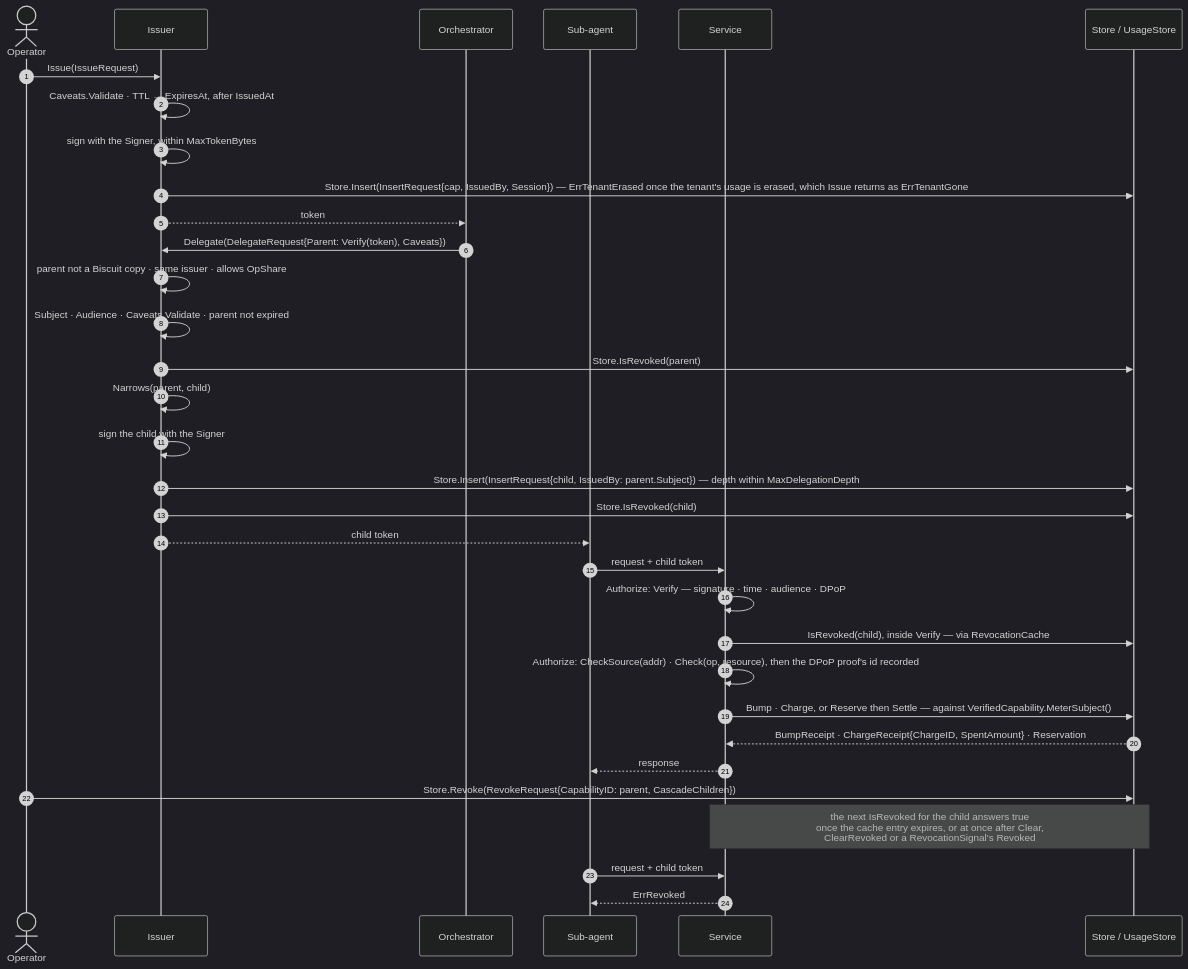
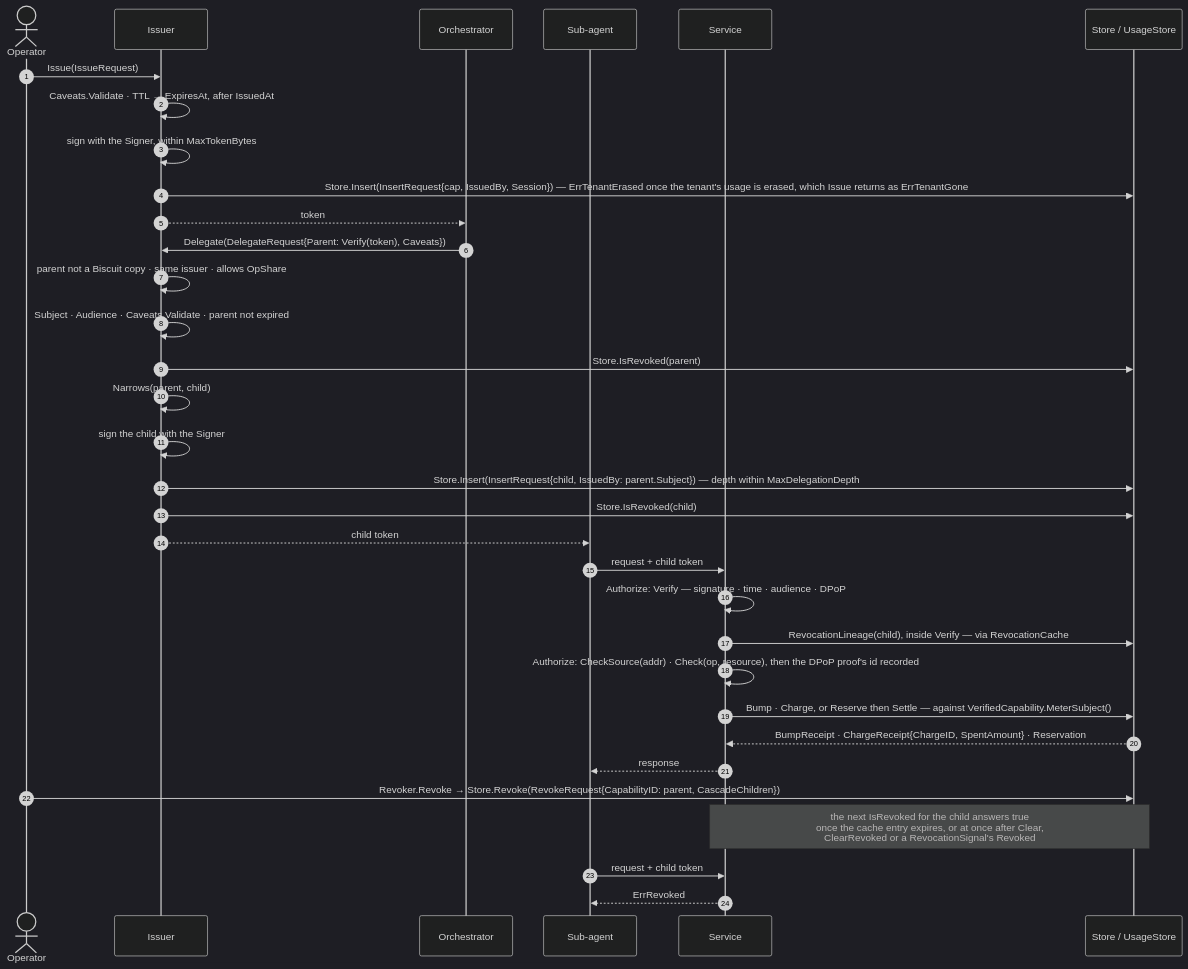
The second of 17 diagrams in docs/diagrams.md (oleg-tkachuk/limes), drawn with Mermaid (dark theme) before and after one commit. The commit also changed other lines of this file, not shown here.

Commit message:
docs: bring the diagrams up to date with the code

````diff
--- a/docs/diagrams.md
+++ b/docs/diagrams.md
@@ -185,39 +199,39 @@
 ```mermaid
 sequenceDiagram
     autonumber
     actor Op as Operator
     participant I as Issuer
     participant O as Orchestrator
     participant W as Sub-agent
     participant S as Service
     participant St as Store / UsageStore
 
     Op->>I: Issue(IssueRequest)
     I->>I: Caveats.Validate · TTL → ExpiresAt, after IssuedAt
     I->>I: sign with the Signer, within MaxTokenBytes
     I->>St: Store.Insert(InsertRequest{cap, IssuedBy, Session}) — ErrTenantErased once the tenant's usage is erased, which Issue returns as ErrTenantGone
     I-->>O: token
 
     O->>I: Delegate(DelegateRequest{Parent: Verify(token), Caveats})
     I->>I: parent not a Biscuit copy · same issuer · allows OpShare
     I->>I: Subject · Audience · Caveats.Validate · parent not expired
     I->>St: Store.IsRevoked(parent)
     I->>I: Narrows(parent, child)
     I->>I: sign the child with the Signer
     I->>St: Store.Insert(InsertRequest{child, IssuedBy: parent.Subject}) — depth within MaxDelegationDepth
     I->>St: Store.IsRevoked(child)
     I-->>W: child token
 
     W->>S: request + child token
     S->>S: Authorize: Verify — signature · time · audience · DPoP
-    S->>St: IsRevoked(child), inside Verify — via RevocationCache
+    S->>St: RevocationLineage(child), inside Verify — via RevocationCache
     S->>S: Authorize: CheckSource(addr) · Check(op, resource), then the DPoP proof's id recorded
     S->>St: Bump · Charge, or Reserve then Settle — against VerifiedCapability.MeterSubject()
     St-->>S: BumpReceipt · ChargeReceipt{ChargeID, SpentAmount} · Reservation
     S-->>W: response
 
-    Op->>St: Store.Revoke(RevokeRequest{CapabilityID: parent, CascadeChildren})
+    Op->>St: Revoker.Revoke → Store.Revoke(RevokeRequest{CapabilityID: parent, CascadeChildren})
     Note over S,St: the next IsRevoked for the child answers true<br/>once the cache entry expires, or at once after Clear,<br/>ClearRevoked or a RevocationSignal's Revoked
     W->>S: request + child token
     S-->>W: ErrRevoked
 ```
````
